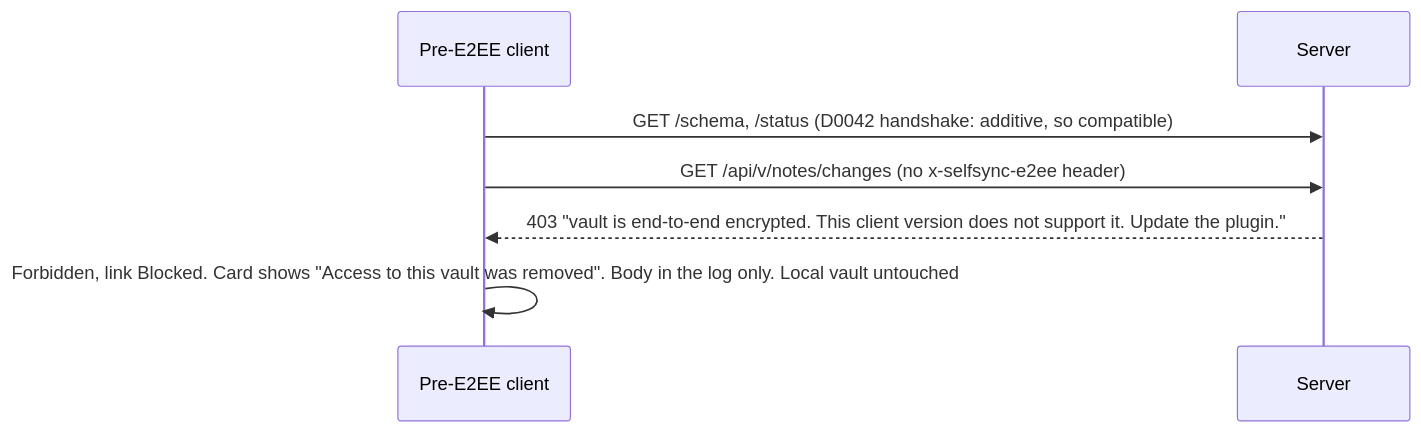
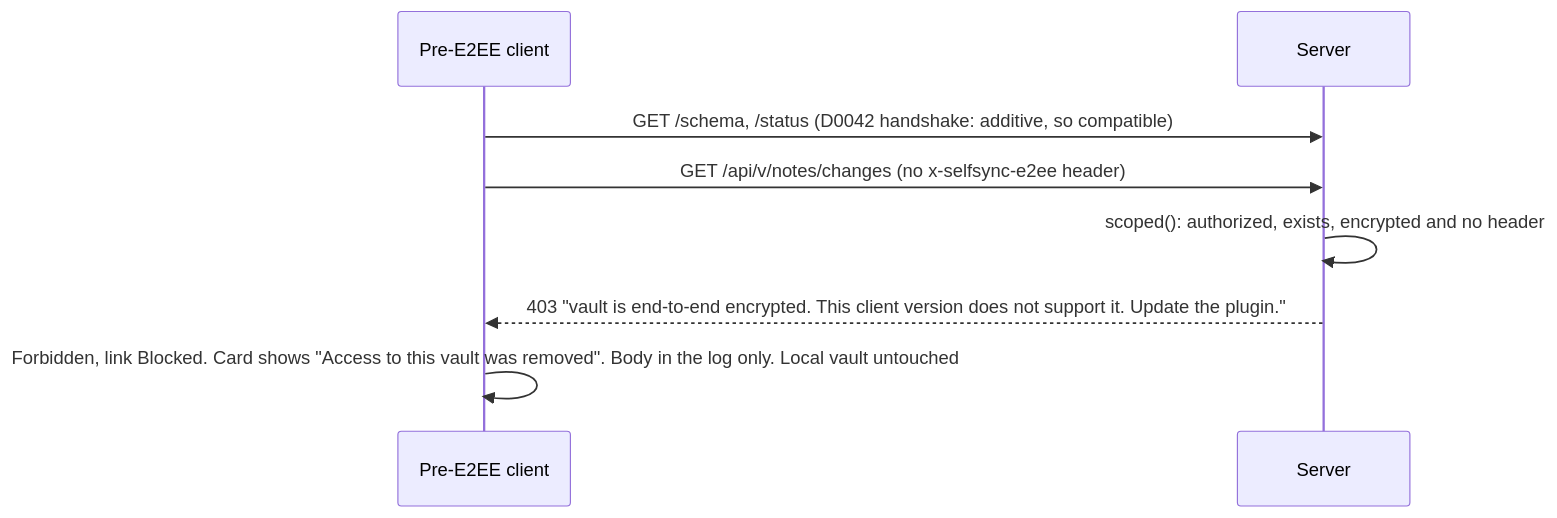
One commit to williamweatherholtz/obsidian-selfsync changed the fourth of 4 diagrams in docs/design/specs/2026-11-10-e2ee-design.md. Above: the diagram before and after it, drawn with Mermaid. The commit also changed other lines of this file and 19 other files, not shown here.

First line of the commit message:
CR: E2EE design revision 5 after panel round 3 (1 ACCEPT, 6 OBJECT): vault_id HKDF salt, extractor in scoped(), case-only cid fold, schema stamp, no digest pin, one migration order

````diff
--- a/docs/design/specs/2026-11-10-e2ee-design.md
+++ b/docs/design/specs/2026-11-10-e2ee-design.md
@@ -398,9 +466,10 @@
 ```mermaid
 sequenceDiagram
     participant O as Pre-E2EE client
     participant S as Server
     O->>S: GET /schema, /status  (D0042 handshake: additive, so compatible)
     O->>S: GET /api/v/notes/changes   (no x-selfsync-e2ee header)
+    S->>S: scoped(): authorized, exists, encrypted and no header
     S-->>O: 403 "vault is end-to-end encrypted. This client version does not support it. Update the plugin."
     O->>O: Forbidden, link Blocked. Card shows "Access to this vault was removed". Body in the log only. Local vault untouched
 ```
````
